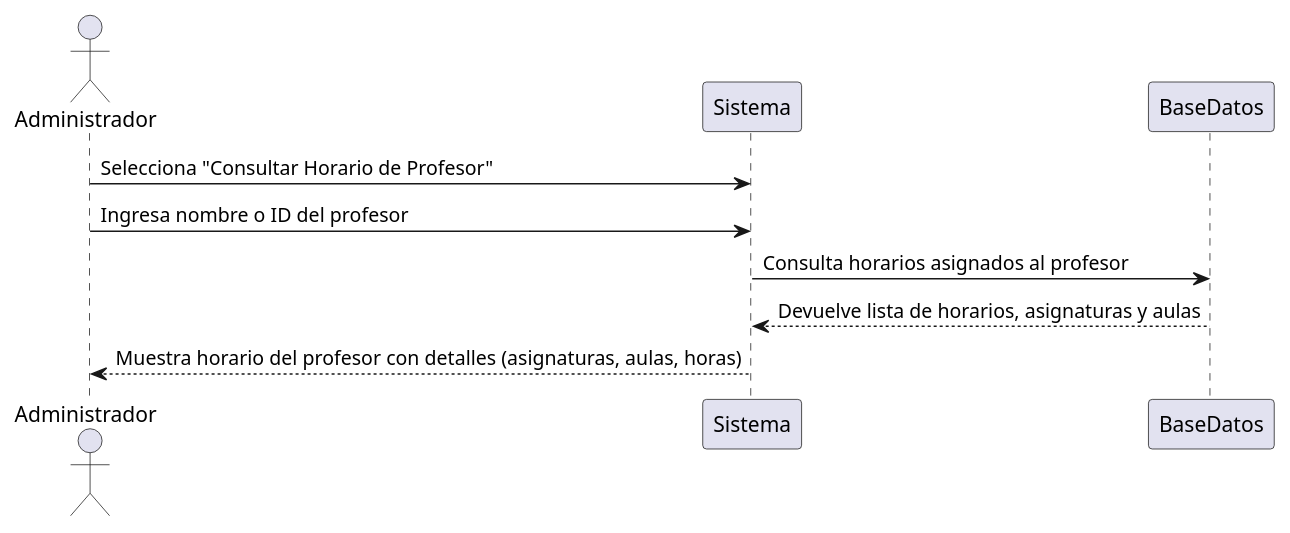
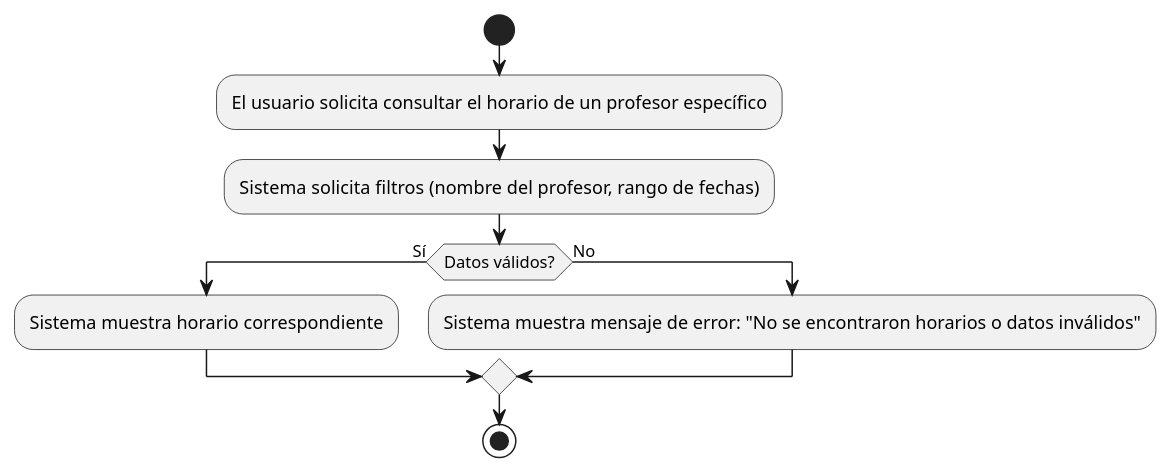
The diagram in casosDeUso/plantUML/ConsultarHorarioProfesor.puml (mmasias/24-25-IdSw1-SDR), drawn with PlantUML before and after one commit.

```diff
--- a/casosDeUso/plantUML/ConsultarHorarioProfesor.puml
+++ b/casosDeUso/plantUML/ConsultarHorarioProfesor.puml
@@ -1,11 +1,11 @@
 @startuml
-
-actor Administrador as A
-
-A -> Sistema : Selecciona "Consultar Horario de Profesor"
-A -> Sistema : Ingresa nombre o ID del profesor
-Sistema -> BaseDatos : Consulta horarios asignados al profesor
-BaseDatos --> Sistema : Devuelve lista de horarios, asignaturas y aulas
-Sistema --> A : Muestra horario del profesor con detalles (asignaturas, aulas, horas)
-
+start
+:El usuario solicita consultar el horario de un profesor específico;
+:Sistema solicita filtros (nombre del profesor, rango de fechas);
+if (Datos válidos?) then (Sí)
+  :Sistema muestra horario correspondiente;
+else (No)
+  :Sistema muestra mensaje de error: "No se encontraron horarios o datos inválidos";
+endif
+stop
 @enduml
```
